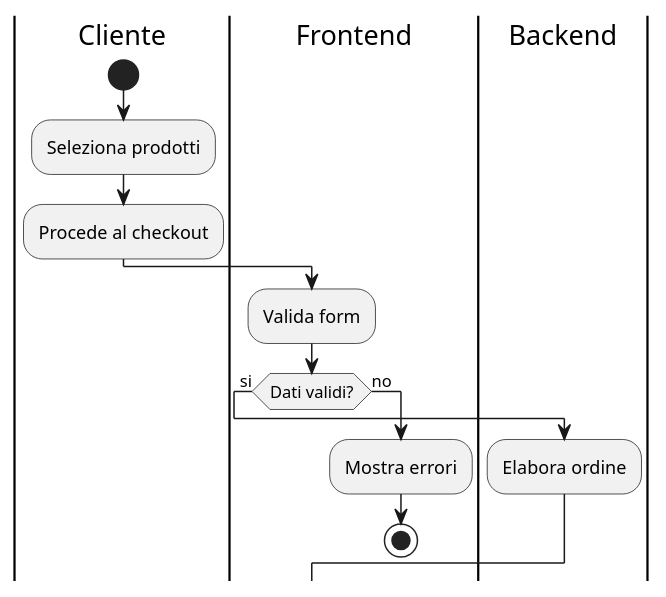
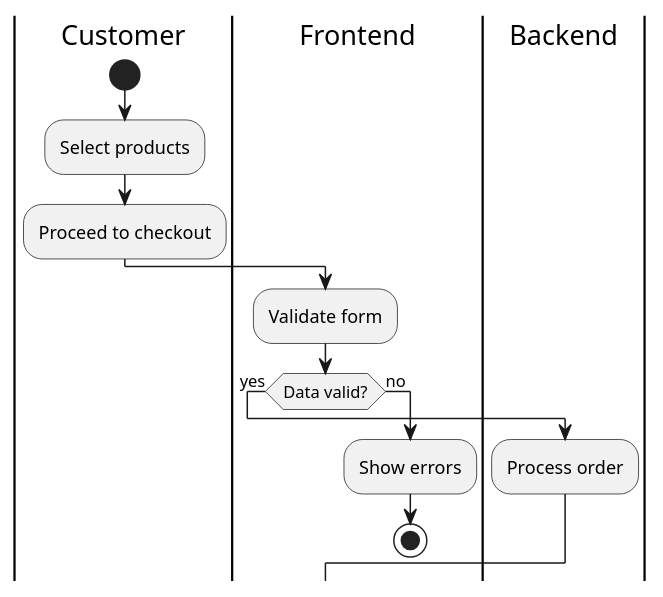
One commit to Seniorsimo/sas-template changed the ninth of 25 diagrams in 03-behavioral-diagrams/activity-diagrams/README.md. Above: the diagram before and after it, drawn with PlantUML. The commit also changed other lines of this file and 49 other files, not shown here.

````diff
--- a/03-behavioral-diagrams/activity-diagrams/README.md
+++ b/03-behavioral-diagrams/activity-diagrams/README.md
@@ -88,17 +88,17 @@
 ```plantuml
-|Cliente|
+|Customer|
 start
-:Seleziona prodotti;
-:Procede al checkout;
+:Select products;
+:Proceed to checkout;
 
 |Frontend|
-:Valida form;
-if (Dati validi?) then (si)
+:Validate form;
+if (Data valid?) then (yes)
   |Backend|
-  :Elabora ordine;
+  :Process order;
 else (no)
   |Frontend|
-  :Mostra errori;
+  :Show errors;
   stop
 endif
 ```
````
